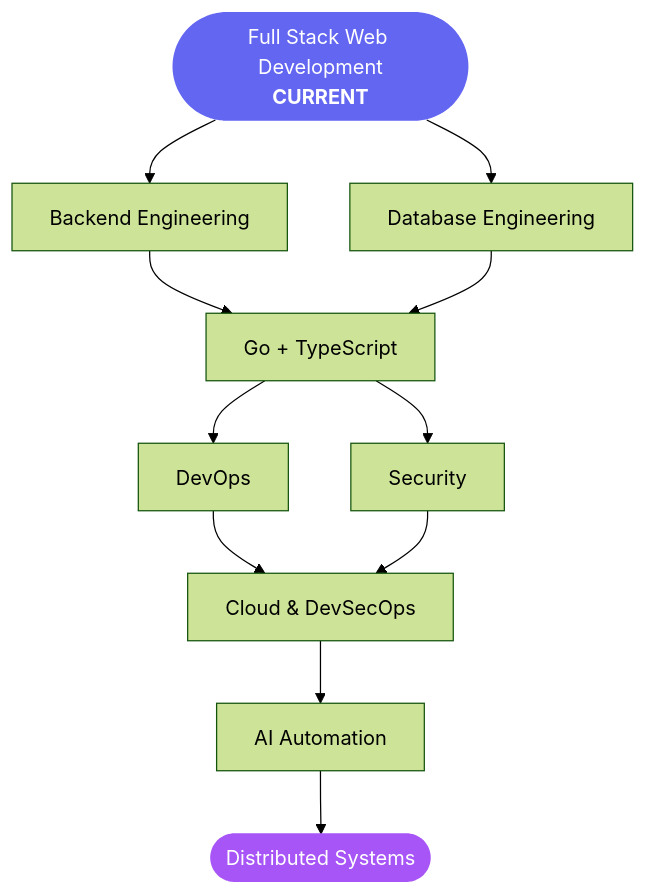
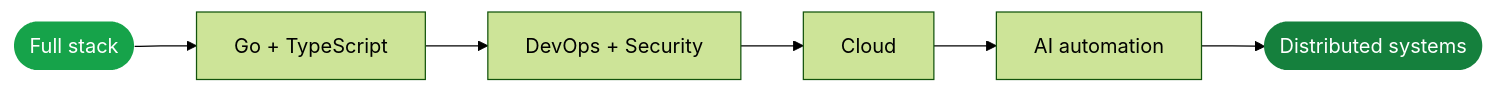
Before and after one commit to yesterdaygrace/yesterdaygrace: the fifth of 5 diagrams in README.md, drawn with Mermaid (forest theme). The commit also changed other lines of this file, not shown here.

````diff
--- a/README.md
+++ b/README.md
@@ -503,15 +272,6 @@
 ```mermaid
-flowchart TD
-    A([Full Stack Web Development<br/><b>CURRENT</b>]) --> B[Backend Engineering]
-    A --> C[Database Engineering]
-    B --> D[Go + TypeScript]
-    C --> D
-    D --> E[DevOps]
-    D --> F[Security]
-    E --> G[Cloud & DevSecOps]
-    F --> G
-    G --> H[AI Automation]
-    H --> I([Distributed Systems])
-    style A fill:#6366f1,color:#fff,stroke:none
-    style I fill:#a855f7,color:#fff,stroke:none
+flowchart LR
+    A([Full stack]) --> B[Go + TypeScript] --> C[DevOps + Security] --> D[Cloud] --> E[AI automation] --> F([Distributed systems])
+    style A fill:#16a34a,color:#fff,stroke:none
+    style F fill:#15803d,color:#fff,stroke:none
 ```
````
